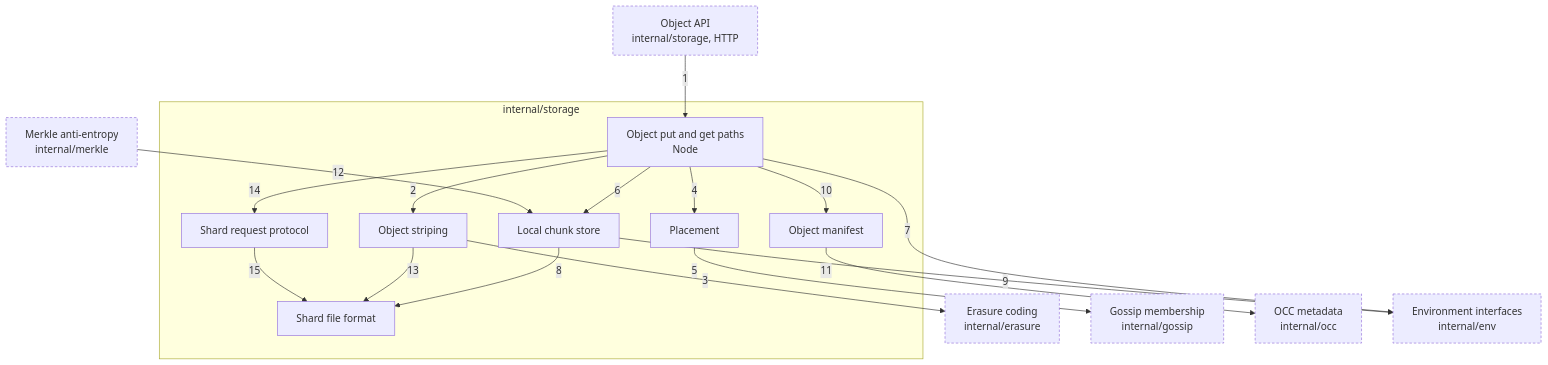
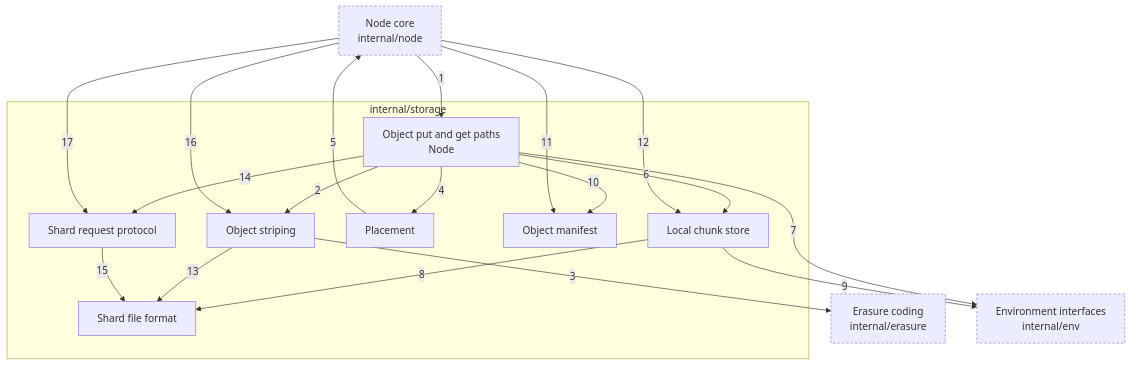
One commit to nickstrad/decentralized-object-store changed the diagram in docs/c4/09-component-storage.md. Above: the diagram before and after it, drawn with Mermaid. The commit also changed other lines of this file and 28 other files, not shown here.

Commit message:
c4: redraw the diagrams as built: a node core that implements every package's interfaces, a node runtime, the object API over one service interface

````diff
--- a/docs/c4/09-component-storage.md
+++ b/docs/c4/09-component-storage.md
@@ -8,35 +8,34 @@
 ```mermaid
 flowchart TB
-  API["Object API<br/>internal/storage, HTTP"]
-  MERKLE["Merkle anti-entropy<br/>internal/merkle"]
+  NODE["Node core<br/>internal/node"]
   subgraph STORAGE["internal/storage"]
     PATHS["Object put and get paths<br/>Node"]
     PROTO["Shard request protocol"]
     STRIPE["Object striping"]
     PLACE["Placement"]
     MANIFEST["Object manifest"]
     CHUNK["Local chunk store"]
     FORMAT["Shard file format"]
   end
   ERASURE["Erasure coding<br/>internal/erasure"]
-  GOSSIP["Gossip membership<br/>internal/gossip"]
-  OCC["OCC metadata<br/>internal/occ"]
   ENV["Environment interfaces<br/>internal/env"]
-  API -->|1| PATHS
+  NODE -->|1| PATHS
   PATHS -->|2| STRIPE
   STRIPE -->|3| ERASURE
   PATHS -->|4| PLACE
-  PLACE -->|5| GOSSIP
+  PLACE -->|5| NODE
   PATHS -->|6| CHUNK
   PATHS -->|7| ENV
   CHUNK -->|8| FORMAT
   CHUNK -->|9| ENV
   PATHS -->|10| MANIFEST
-  MANIFEST -->|11| OCC
-  MERKLE -->|12| CHUNK
+  NODE -->|11| MANIFEST
+  NODE -->|12| CHUNK
   STRIPE -->|13| FORMAT
   PATHS -->|14| PROTO
   PROTO -->|15| FORMAT
+  NODE -->|16| STRIPE
+  NODE -->|17| PROTO
   classDef ext stroke-dasharray:4 3
-  class API,MERKLE,ERASURE,GOSSIP,OCC,ENV ext
+  class NODE,ERASURE,ENV ext
 ```
````
